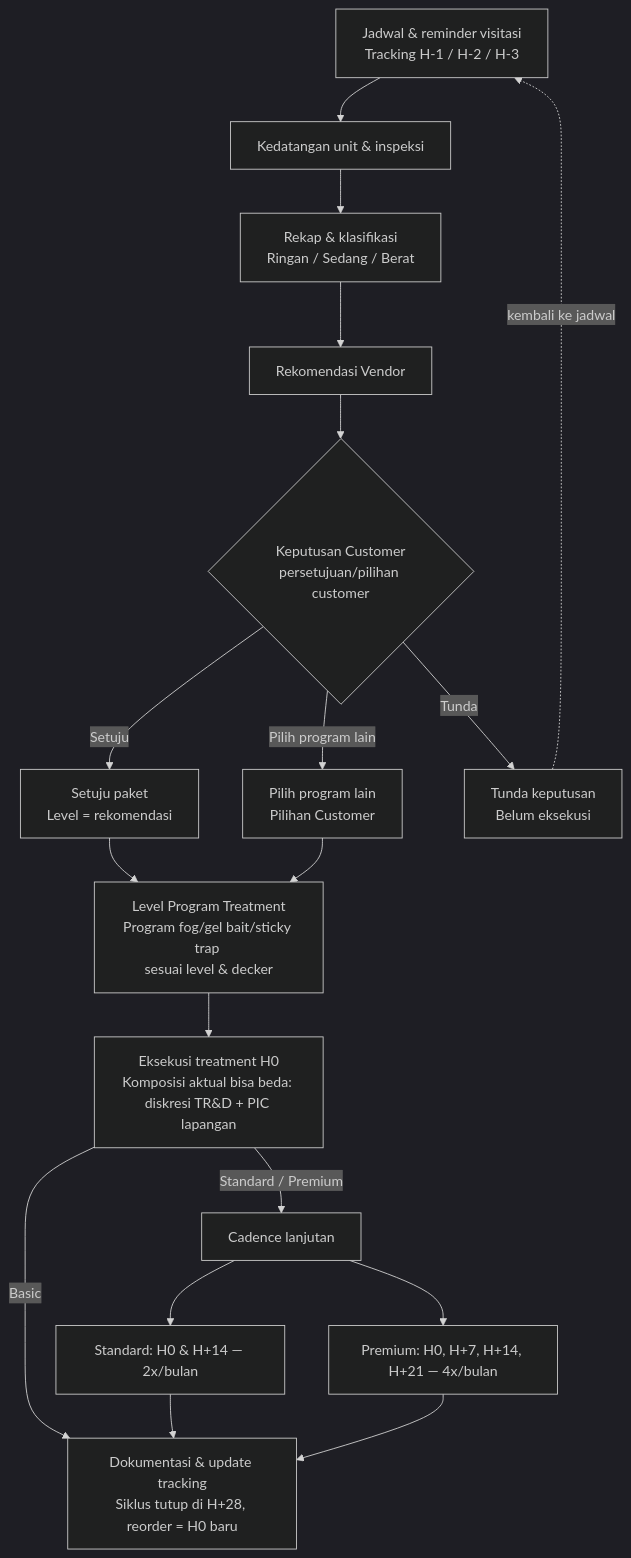
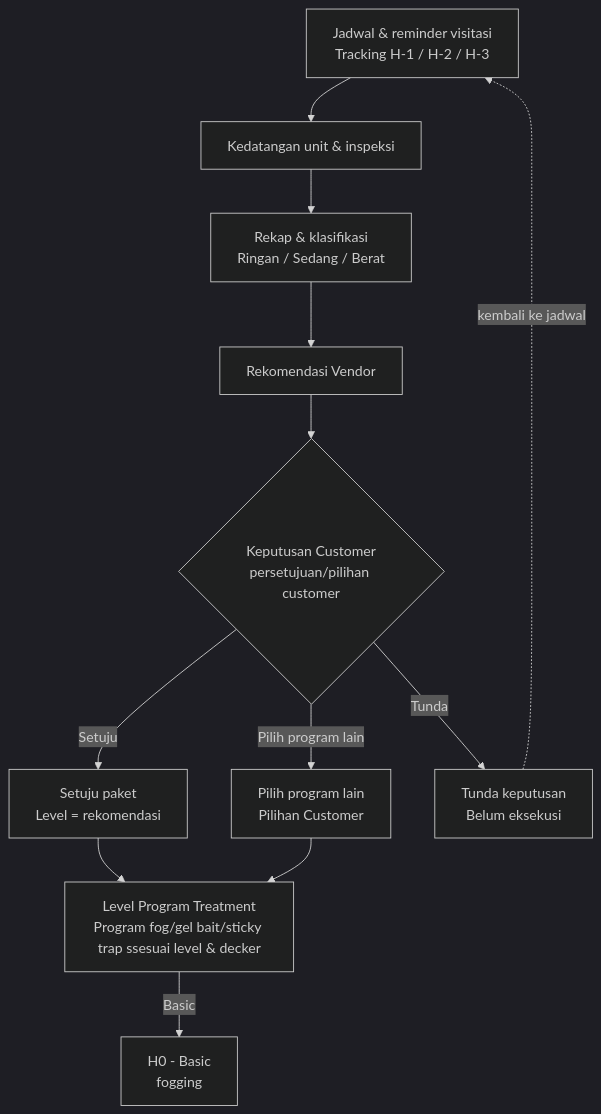
The first of 2 diagrams in README.md (Vanialive/WorkflowBugHunter), drawn with Mermaid (dark theme) before and after one commit.

````diff
--- a/README.md
+++ b/README.md
@@ -8,20 +8,15 @@
 ```mermaid
 flowchart TD
     A["Jadwal & reminder visitasi<br/>Tracking H-1 / H-2 / H-3"] --> B["Kedatangan unit & inspeksi"]
     B --> C["Rekap & klasifikasi<br/>Ringan / Sedang / Berat"]
     C --> D["Rekomendasi Vendor"]
     D --> E{"Keputusan Customer<br>persetujuan/pilihan customer"}
     E -->|Setuju| F["Setuju paket<br/>Level = rekomendasi"]
     E -->|Pilih program lain| G["Pilih program lain<br/>Pilihan Customer"]
     E -->|Tunda| H["Tunda keputusan<br/>Belum eksekusi"]
     H -.kembali ke jadwal.-> A
-    F --> I["Level Program Treatment<br/>Program fog/gel bait/sticky trap <br>sesuai level & decker"]
+    F --> I["Level Program Treatment<br/>Program fog/gel bait/sticky trap ssesuai level & decker"]
     G --> I
-    I --> J["Eksekusi treatment H0<br/>Komposisi aktual bisa beda: diskresi TR&D + PIC lapangan"]
-    J -->|Basic| M["Dokumentasi & update tracking<br/>Siklus tutup di H+28, reorder = H0 baru"]
-    J -->|Standard / Premium| K["Cadence lanjutan"]
-    K --> K1["Standard: H0 & H+14 — 2x/bulan"]
-    K --> K2["Premium: H0, H+7, H+14, H+21 — 4x/bulan"]
-    K1 --> M
-    K2 --> M
+    I --> |Basic| J1["H0 - Basic<br/> fogging"]
+
 ```
````
